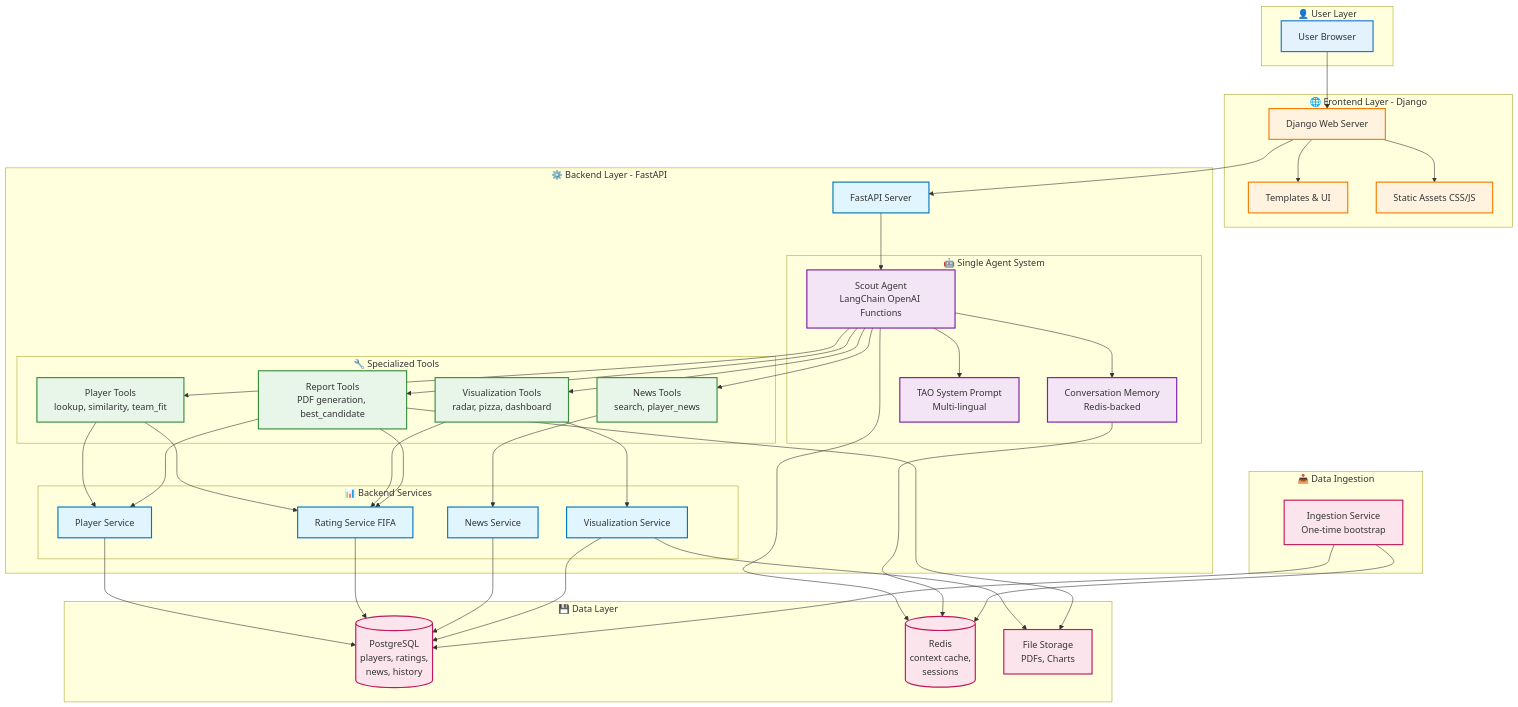
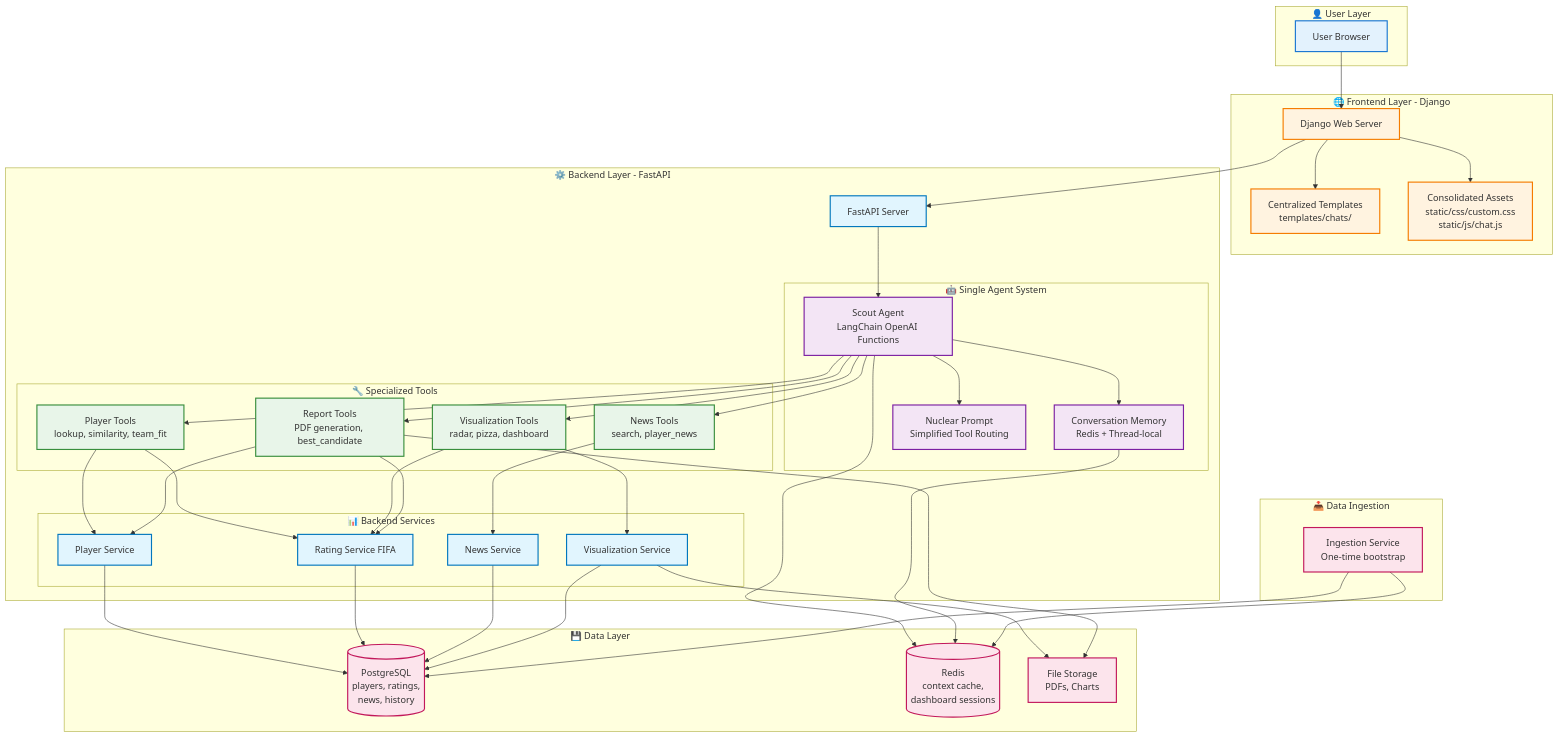
The first of 2 diagrams in README.md (KikeRev/smart_scout_app), drawn with Mermaid before and after one commit. The commit also changed other lines of this file, not shown here.

First line of the commit message:
Fix/mermaid diagrams v161 (#20)

```diff
--- a/README.md
+++ b/README.md
@@ -962,8 +962,8 @@
 
     subgraph Frontend_Layer["🌐 Frontend Layer - Django"]
         Web[Django Web Server]
-        Templates[Templates & UI]
-        StaticFiles[Static Assets CSS/JS]
+        Templates[Centralized Templates<br/>templates/chats/]
+        StaticFiles[Consolidated Assets<br/>static/css/custom.css<br/>static/js/chat.js]
     end
 
     subgraph Backend_Layer["⚙️ Backend Layer - FastAPI"]
@@ -971,8 +971,8 @@
         
         subgraph Agent_System["🤖 Single Agent System"]
             Agent[Scout Agent<br/>LangChain OpenAI Functions]
-            Memory[Conversation Memory<br/>Redis-backed]
-            SystemPrompt[TAO System Prompt<br/>Multi-lingual]
+            Memory[Conversation Memory<br/>Redis + Thread-local]
+            SystemPrompt[Nuclear Prompt<br/>Simplified Tool Routing]
         end
         
         subgraph Tools_Layer["🔧 Specialized Tools"]
@@ -992,7 +992,7 @@
 
     subgraph Data_Layer["💾 Data Layer"]
         Postgres[(PostgreSQL<br/>players, ratings,<br/>news, history)]
-        Redis[(Redis<br/>context cache,<br/>sessions)]
+        Redis[(Redis<br/>context cache,<br/>dashboard sessions)]
         Storage[File Storage<br/>PDFs, Charts]
     end
 
```
